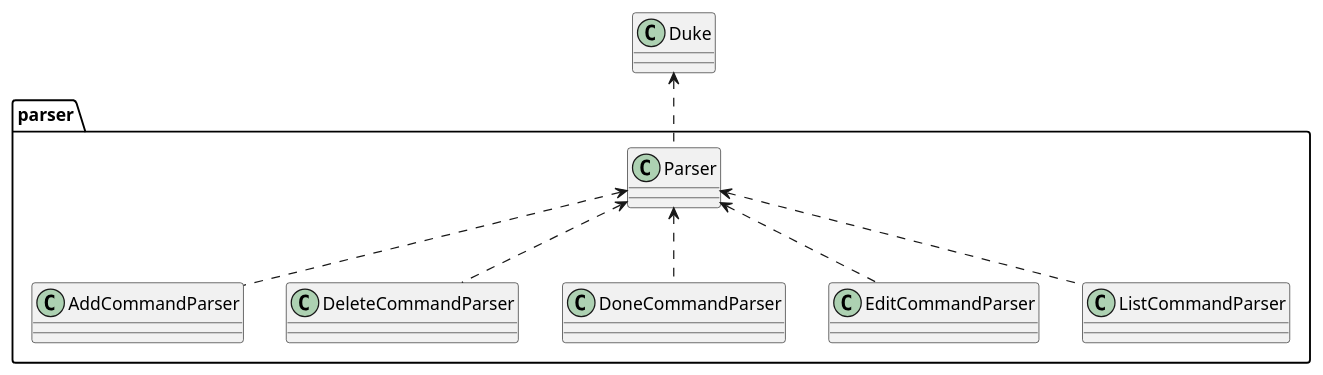
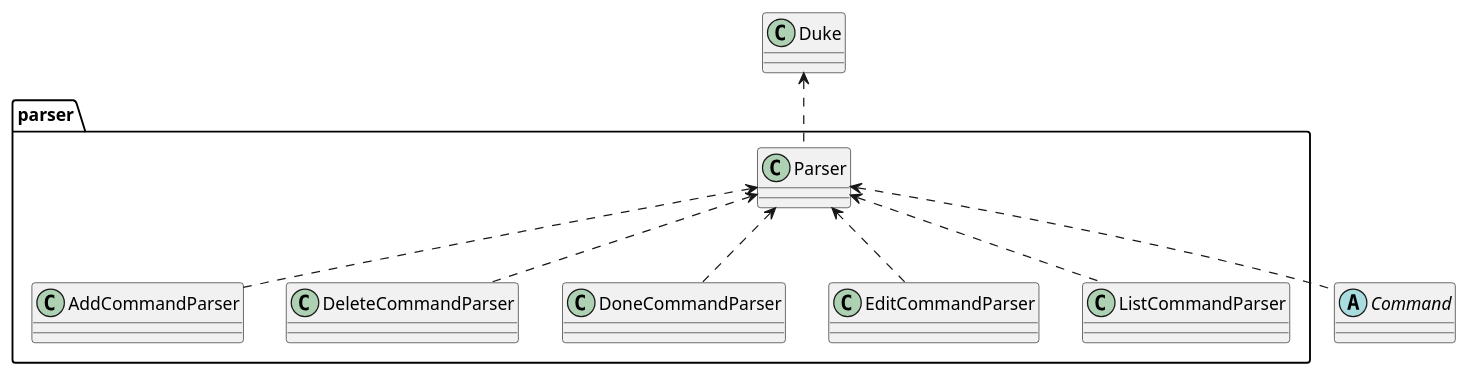
Before and after one commit to wangqinNick/tp: the diagram in docs/diagrams/UML/ParserClassDiagram.puml, drawn with PlantUML. The commit also changed 4 other files, not shown here.

Commit message:
Fixed diagrams and updated DevGuide

```diff
--- a/docs/diagrams/UML/ParserClassDiagram.puml
+++ b/docs/diagrams/UML/ParserClassDiagram.puml
@@ -1,19 +1,21 @@
 @startuml
 
 class Duke
+abstract class Command
 package parser {
     class Parser
     class AddCommandParser
     class DeleteCommandParser
     class DoneCommandParser
     class EditCommandParser
     class ListCommandParser
 }
 Duke <.. Parser
+Parser <.. Command
 Parser <.. AddCommandParser
 Parser <.. DeleteCommandParser
 Parser <.. DoneCommandParser
 Parser <.. EditCommandParser
 Parser <.. ListCommandParser
 
 @enduml
```
